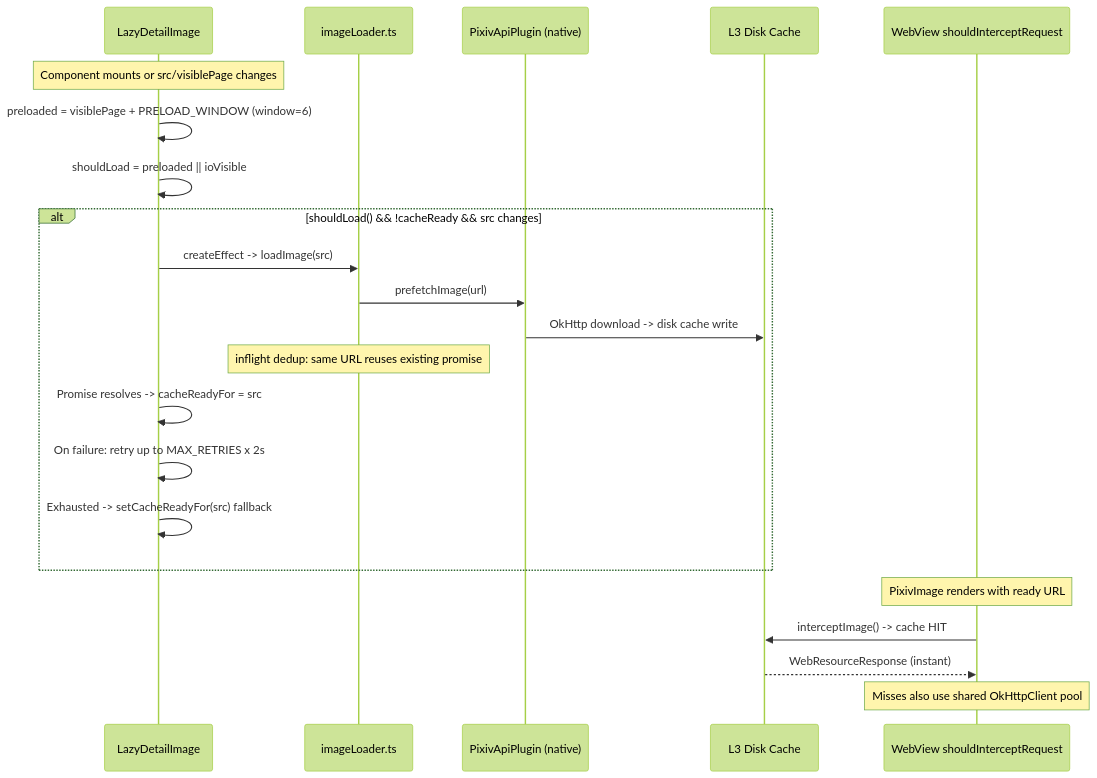
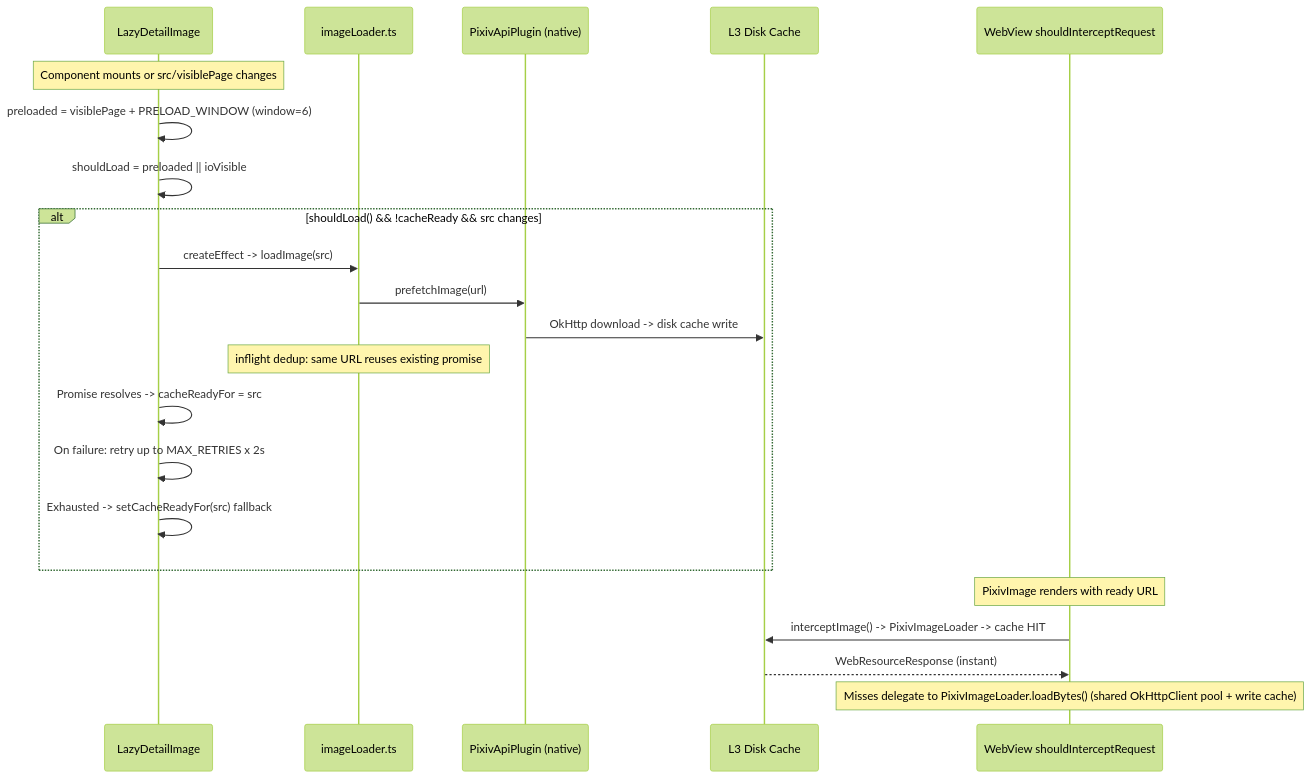
The second of 2 diagrams in openwiki/architecture/image-pipeline.md (a1121611810/Pictelio), drawn with Mermaid (forest theme) before and after one commit. The commit also changed other lines of this file and 3 other files, not shown here.

First line of the commit message:
refactor(android): webview 拦截层迁移到 PixivImageLoader（#58）

````diff
--- a/openwiki/architecture/image-pipeline.md
+++ b/openwiki/architecture/image-pipeline.md
@@ -92,25 +92,25 @@
 ```mermaid
 sequenceDiagram
     participant LDI as LazyDetailImage
     participant IL as imageLoader.ts
     participant PP as PixivApiPlugin (native)
     participant DC as L3 Disk Cache
     participant WV as WebView shouldInterceptRequest
 
     Note over LDI: Component mounts or src/visiblePage changes
     LDI->>LDI: preloaded = visiblePage + PRELOAD_WINDOW (window=6)
     LDI->>LDI: shouldLoad = preloaded || ioVisible
     alt shouldLoad() && !cacheReady && src changes
         LDI->>IL: createEffect -> loadImage(src)
         IL->>PP: prefetchImage(url)
         PP->>DC: OkHttp download -> disk cache write
         Note over IL: inflight dedup: same URL reuses existing promise
         LDI->>LDI: Promise resolves -> cacheReadyFor = src
         LDI->>LDI: On failure: retry up to MAX_RETRIES x 2s
         LDI->>LDI: Exhausted -> setCacheReadyFor(src) fallback
     end
     Note over WV: PixivImage renders with ready URL
-    WV->>DC: interceptImage() -> cache HIT
+    WV->>DC: interceptImage() -> PixivImageLoader -> cache HIT
     DC-->>WV: WebResourceResponse (instant)
-    Note over WV: Misses also use shared OkHttpClient pool
+    Note over WV: Misses delegate to PixivImageLoader.loadBytes() (shared OkHttpClient pool + write cache)
 ```
````
